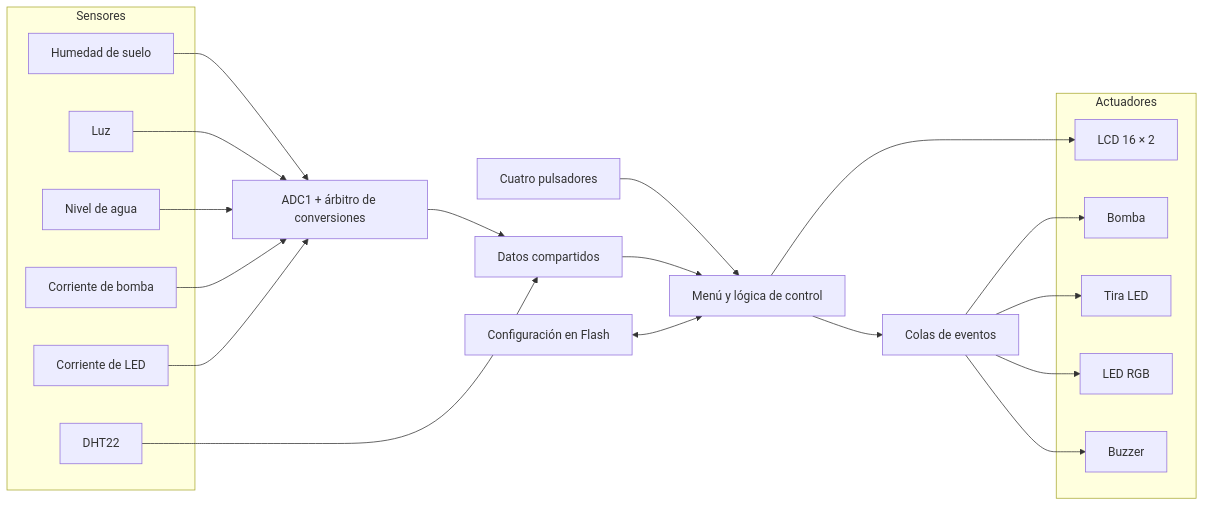
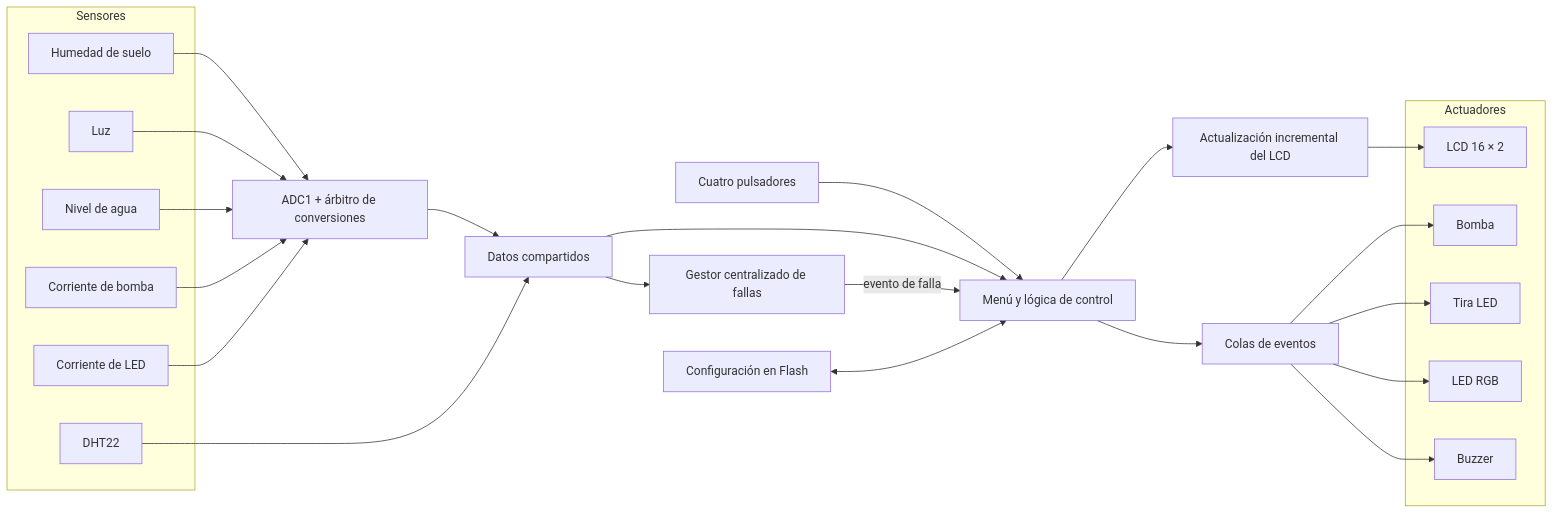
The second of 3 diagrams in Memoria Tecnica/Memoria Tecnica.md (igonzalezb/tdse-tf_3-03), drawn with Mermaid before and after one commit. The commit also changed other lines of this file and 3 other files, not shown here.

````diff
--- a/Memoria Tecnica/Memoria Tecnica.md
+++ b/Memoria Tecnica/Memoria Tecnica.md
@@ -355,43 +399,48 @@
 ```mermaid
 flowchart LR
     subgraph Sensores
         HS["Humedad de suelo"]
         LU["Luz"]
         NA["Nivel de agua"]
         IB["Corriente de bomba"]
         IL["Corriente de LED"]
         DT["DHT22"]
     end
 
     ADC["ADC1 + árbitro de conversiones"]
     SD["Datos compartidos"]
     BTN["Cuatro pulsadores"]
     MEN["Menú y lógica de control"]
+    DSP["Actualización incremental del LCD"]
+    FAL["Gestor centralizado de fallas"]
     FL["Configuración en Flash"]
     Q["Colas de eventos"]
 
     subgraph Actuadores
         LCD["LCD 16 × 2"]
         BOM["Bomba"]
         LED["Tira LED"]
         RGB["LED RGB"]
         BUZ["Buzzer"]
     end
 
     HS --> ADC
     LU --> ADC
     NA --> ADC
     IB --> ADC
     IL --> ADC
     ADC --> SD
     DT --> SD
     BTN --> MEN
     SD --> MEN
+    SD --> FAL
+    FAL -->|"evento de falla"| MEN
     FL <--> MEN
-    MEN --> LCD
+    MEN --> DSP
+    DSP --> LCD
     MEN --> Q
     Q --> BOM
     Q --> LED
     Q --> RGB
     Q --> BUZ
 ```
````
